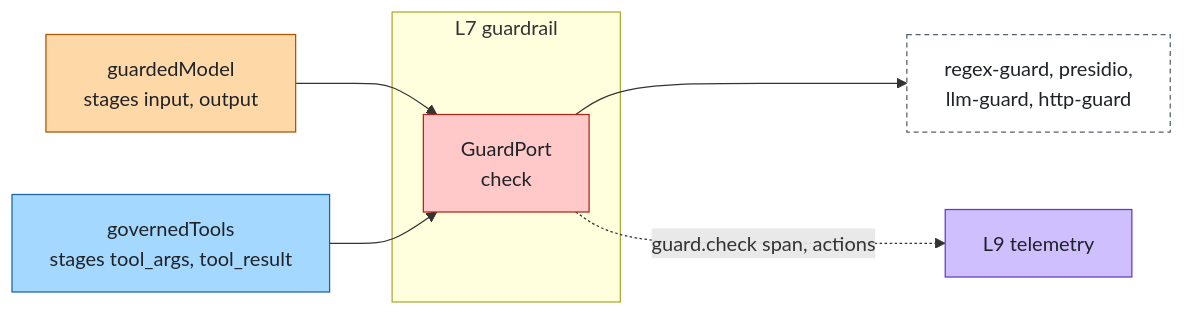
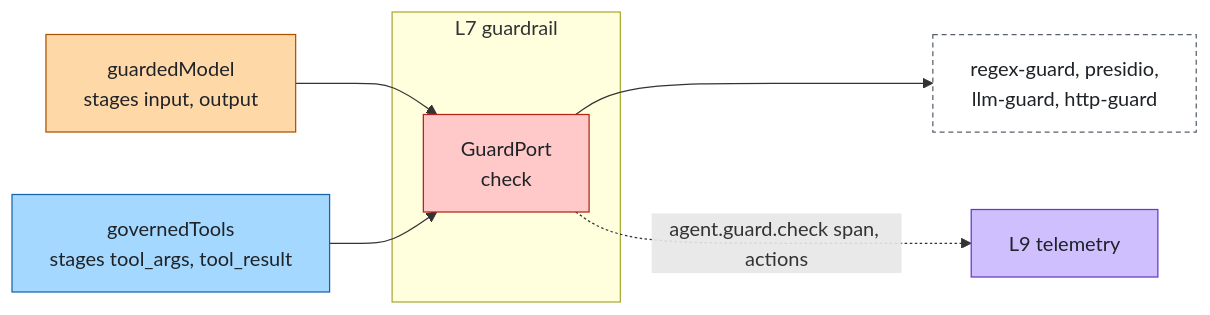
The first of 3 diagrams in docs/layers/guardrail.md (aantenore/agent-layers), drawn with Mermaid before and after one commit. The commit also changed other lines of this file and 26 other files, not shown here.

````diff
--- a/docs/layers/guardrail.md
+++ b/docs/layers/guardrail.md
@@ -22,15 +24,15 @@
 ```mermaid
 flowchart LR
   gm["guardedModel<br/>stages input, output"]:::model --> gp
   gt["governedTools<br/>stages tool_args, tool_result"]:::agent --> gp
   subgraph sg["L7 guardrail"]
     gp["GuardPort<br/>check"]:::control
   end
   gp --> engines["regex-guard, presidio,<br/>llm-guard, http-guard"]:::external
-  gp -.->|"guard.check span, actions"| telemetry["L9 telemetry"]:::insight
+  gp -.->|"agent.guard.check span, actions"| telemetry["L9 telemetry"]:::insight
   classDef model fill:#ffd8a8,stroke:#a85400,color:#1f2328
   classDef agent fill:#a5d8ff,stroke:#1864ab,color:#1f2328
   classDef control fill:#ffc9c9,stroke:#b42318,color:#1f2328
   classDef insight fill:#d0bfff,stroke:#5f3dc4,color:#1f2328
   classDef external fill:#ffffff,stroke:#57606a,color:#1f2328,stroke-dasharray:4 3
 ```
````
